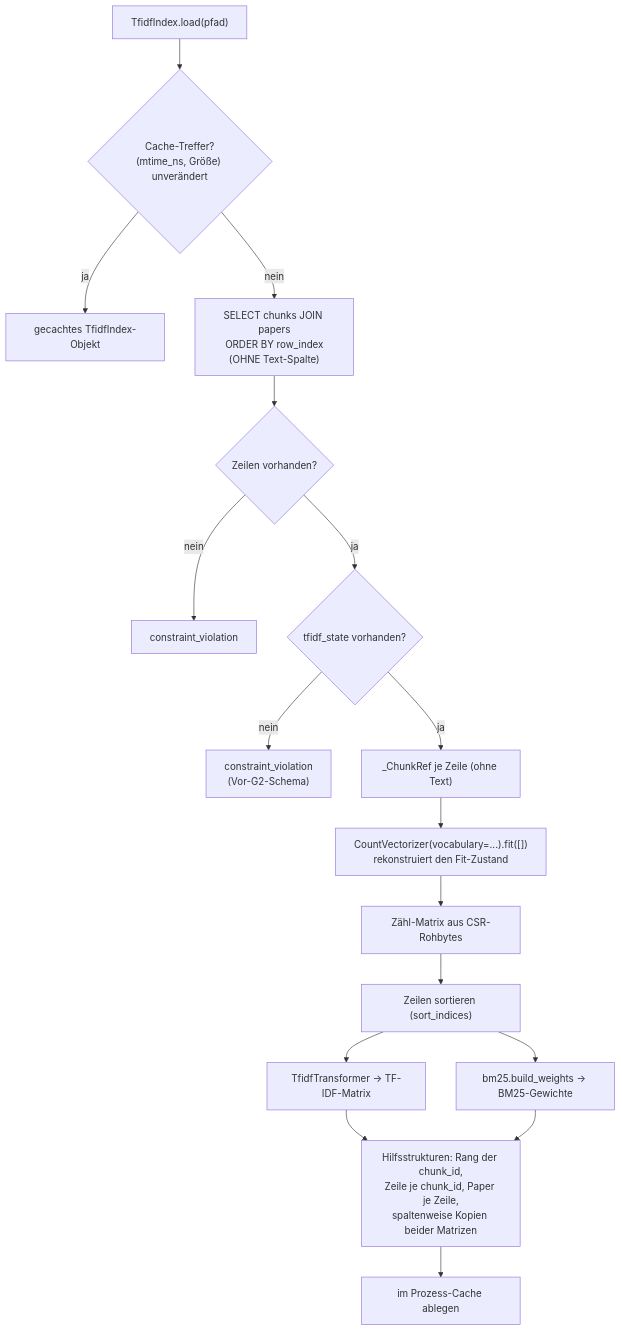
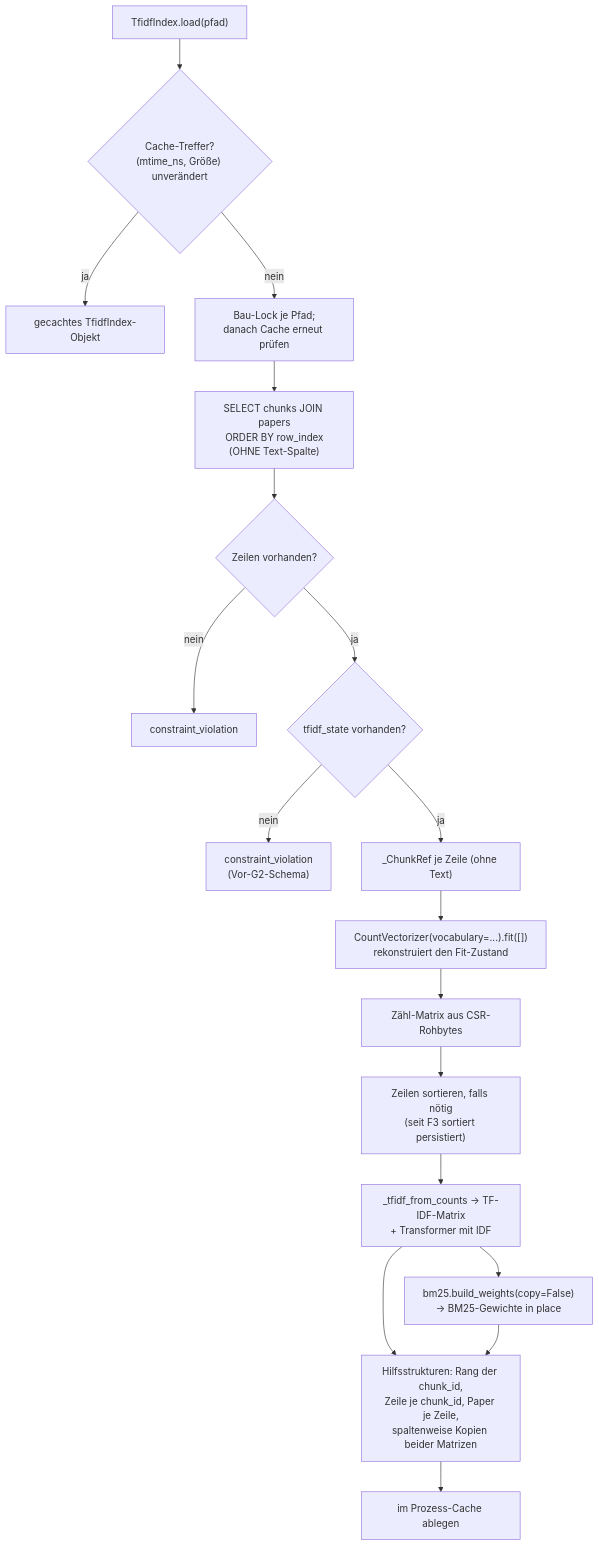
The second of 4 diagrams in src/research_graphrag/indexing/doc/tfidf_index.md (MomoEngineer/research-graphrag), drawn with Mermaid before and after one commit. The commit also changed other lines of this file and 10 other files, not shown here.

````diff
--- a/src/research_graphrag/indexing/doc/tfidf_index.md
+++ b/src/research_graphrag/indexing/doc/tfidf_index.md
@@ -73,19 +73,20 @@
 ```mermaid
 flowchart TD
     L["TfidfIndex.load(pfad)"] --> S{"Cache-Treffer?<br/>(mtime_ns, Größe) unverändert"}
     S -- ja --> CACHED["gecachtes TfidfIndex-Objekt"]
-    S -- nein --> A["SELECT chunks JOIN papers<br/>ORDER BY row_index<br/>(OHNE Text-Spalte)"]
+    S -- nein --> BL["Bau-Lock je Pfad;<br/>danach Cache erneut prüfen"]
+    BL --> A["SELECT chunks JOIN papers<br/>ORDER BY row_index<br/>(OHNE Text-Spalte)"]
     A --> B{"Zeilen vorhanden?"}
     B -- nein --> ERR["constraint_violation"]
     B -- ja --> TS{"tfidf_state vorhanden?"}
     TS -- nein --> ERR2["constraint_violation<br/>(Vor-G2-Schema)"]
     TS -- ja --> C["_ChunkRef je Zeile (ohne Text)"]
     C --> D["CountVectorizer(vocabulary=...).fit([])<br/>rekonstruiert den Fit-Zustand"]
     D --> DS["Zähl-Matrix aus CSR-Rohbytes"]
-    DS --> SO["Zeilen sortieren (sort_indices)"]
-    SO --> E["TfidfTransformer → TF-IDF-Matrix"]
-    SO --> F["bm25.build_weights → BM25-Gewichte"]
+    DS --> SO["Zeilen sortieren, falls nötig<br/>(seit F3 sortiert persistiert)"]
+    SO --> E["_tfidf_from_counts → TF-IDF-Matrix<br/>+ Transformer mit IDF"]
+    E --> F["bm25.build_weights(copy=False)<br/>→ BM25-Gewichte in place"]
     E --> H["Hilfsstrukturen: Rang der chunk_id,<br/>Zeile je chunk_id, Paper je Zeile,<br/>spaltenweise Kopien beider Matrizen"]
     F --> H
     H --> CACHE_STORE["im Prozess-Cache ablegen"]
 ```
````
